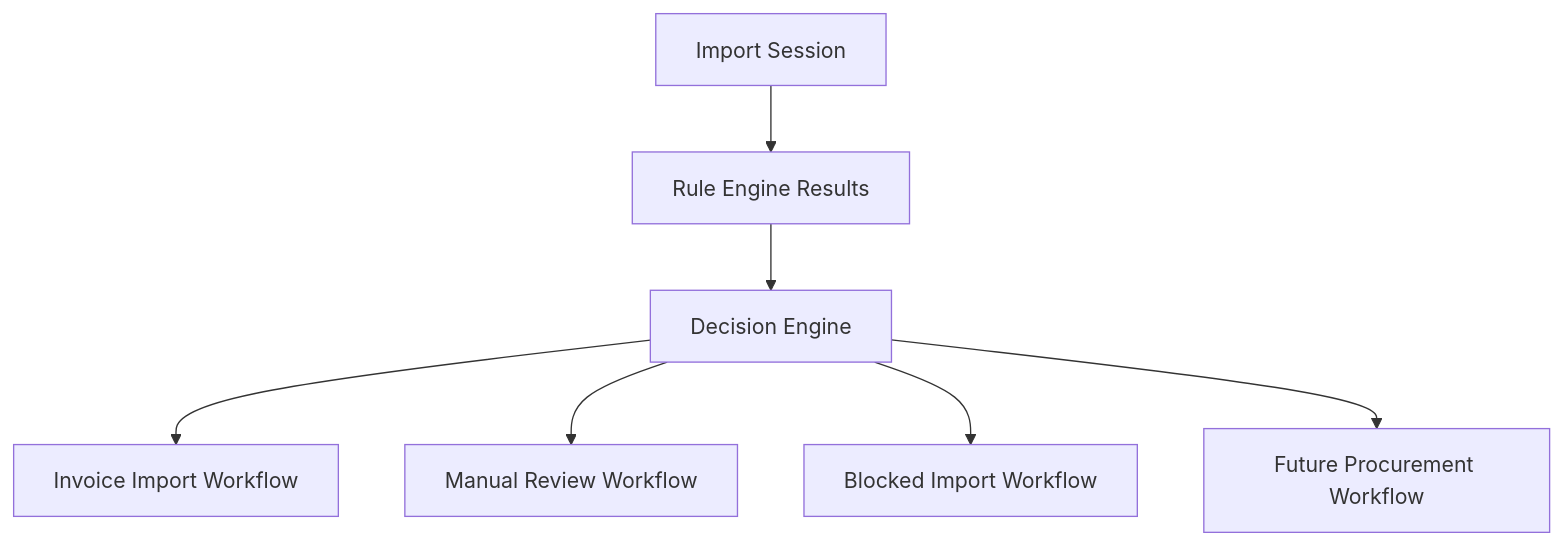
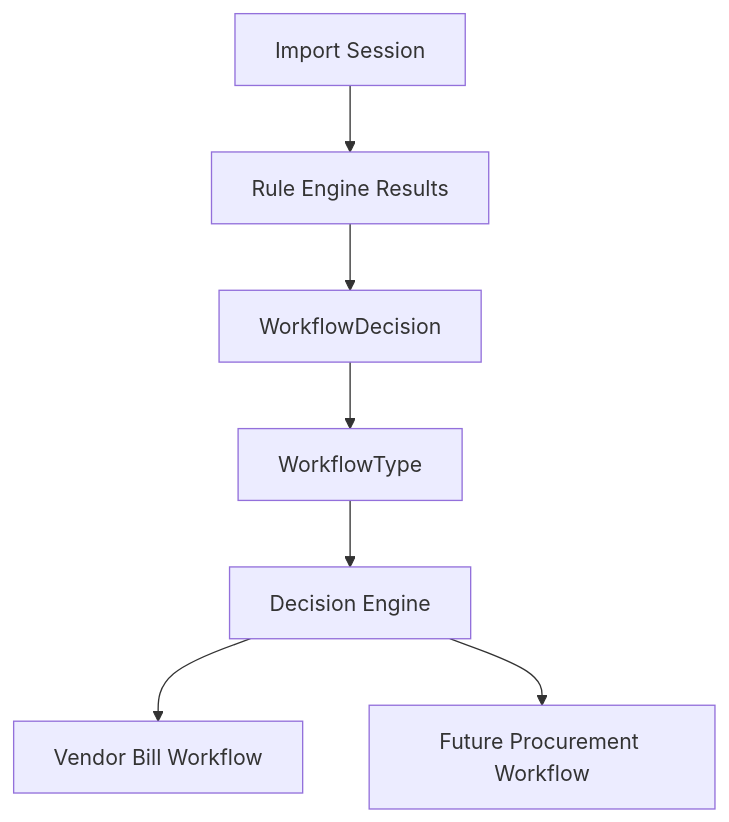
One commit to odurmazoglu/ict-integration-hub changed the second of 4 diagrams in docs/WORKFLOWS.md. Above: the diagram before and after it, drawn with Mermaid. The commit also changed other lines of this file and 12 other files, not shown here.

````diff
--- a/docs/WORKFLOWS.md
+++ b/docs/WORKFLOWS.md
@@ -35,9 +46,9 @@
 ```mermaid
 flowchart TB
     ImportSession[Import Session] --> RuleResults[Rule Engine Results]
-    RuleResults --> DecisionEngine[Decision Engine]
-    DecisionEngine --> InvoiceFlow[Invoice Import Workflow]
-    DecisionEngine --> ReviewFlow[Manual Review Workflow]
-    DecisionEngine --> BlockedFlow[Blocked Import Workflow]
+    RuleResults --> WorkflowDecision[WorkflowDecision]
+    WorkflowDecision --> WorkflowType[WorkflowType]
+    WorkflowType --> DecisionEngine[Decision Engine]
+    DecisionEngine --> VendorBill[Vendor Bill Workflow]
     DecisionEngine --> FutureFlow[Future Procurement Workflow]
 ```
````
